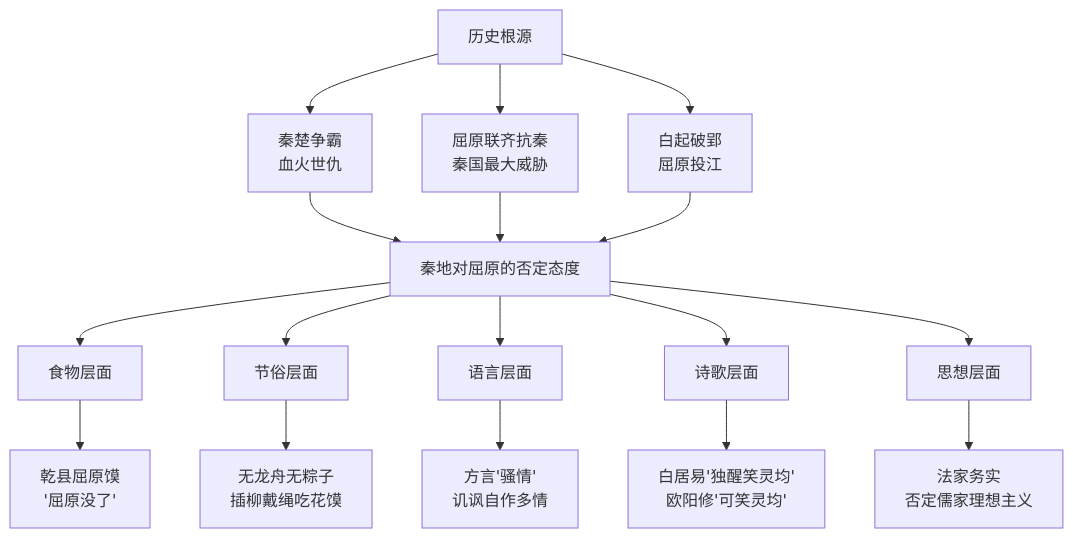
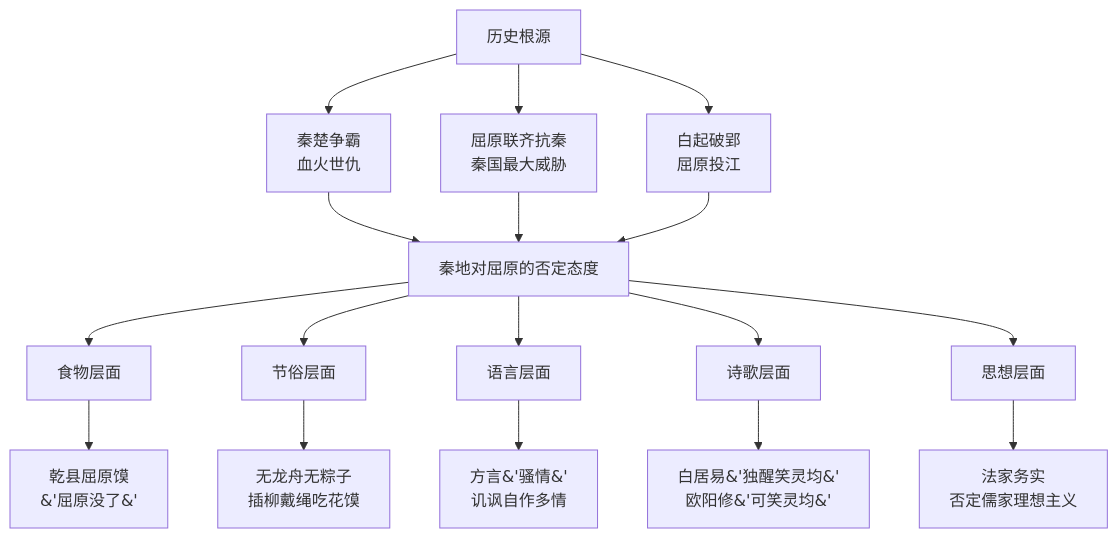
One commit to xingwangzhe/stalux changed the first of 3 diagrams in stalux/posts/秦地恨屈原.md. Above: the diagram before and after it, drawn with Mermaid.

Commit message:
fix: 图1 mermaid 节点文本使用 HTML 实体引号
将节点内的引号改为 &#39; HTML 实体，避免 Mermaid 11 解析双引号节点文本时语法冲突。

````diff
--- a/stalux/posts/秦地恨屈原.md
+++ b/stalux/posts/秦地恨屈原.md
@@ -228,22 +228,22 @@
 ```mermaid
 graph TD
     A[秦地对屈原的否定态度] --> B[食物层面]
     A --> C[节俗层面]
     A --> D[语言层面]
     A --> E[诗歌层面]
     A --> F[思想层面]
     
-    B --> B1["乾县屈原馍<br/>'屈原没了'"]
+    B --> B1["乾县屈原馍<br/>&#39;屈原没了&#39;"]
     C --> C1[无龙舟无粽子<br/>插柳戴绳吃花馍]
-    D --> D1["方言'骚情'<br/>讥讽自作多情"]
-    E --> E1["白居易'独醒笑灵均'<br/>欧阳修'可笑灵均'"]
+    D --> D1["方言&#39;骚情&#39;<br/>讥讽自作多情"]
+    E --> E1["白居易&#39;独醒笑灵均&#39;<br/>欧阳修&#39;可笑灵均&#39;"]
     F --> F1[法家务实<br/>否定儒家理想主义]
     
     G[历史根源] --> G1[秦楚争霸<br/>血火世仇]
     G --> G2[屈原联齐抗秦<br/>秦国最大威胁]
     G --> G3[白起破郢<br/>屈原投江]
     
     G1 --> A
     G2 --> A
     G3 --> A
 ```
````
